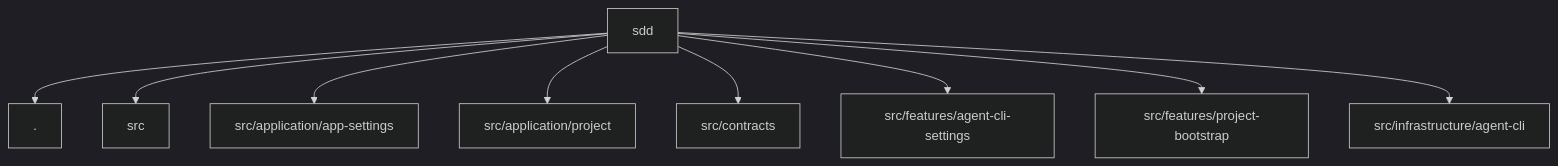
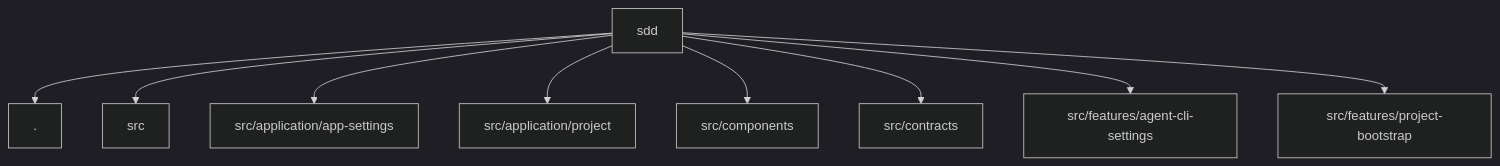
Before and after one commit to 723poil/sdd: the diagram in .sdd/analysis/structure.md, drawn with Mermaid (dark theme). The commit also changed other lines of this file and 84 other files, not shown here.

````diff
--- a/.sdd/analysis/structure.md
+++ b/.sdd/analysis/structure.md
@@ -7,12 +7,12 @@
 ```mermaid
 flowchart TB
   project["sdd"]
   project --> node0["."]
   project --> node1["src"]
   project --> node2["src/application/app-settings"]
   project --> node3["src/application/project"]
-  project --> node4["src/contracts"]
-  project --> node5["src/features/agent-cli-settings"]
-  project --> node6["src/features/project-bootstrap"]
-  project --> node7["src/infrastructure/agent-cli"]
+  project --> node4["src/components"]
+  project --> node5["src/contracts"]
+  project --> node6["src/features/agent-cli-settings"]
+  project --> node7["src/features/project-bootstrap"]
 ```
````
